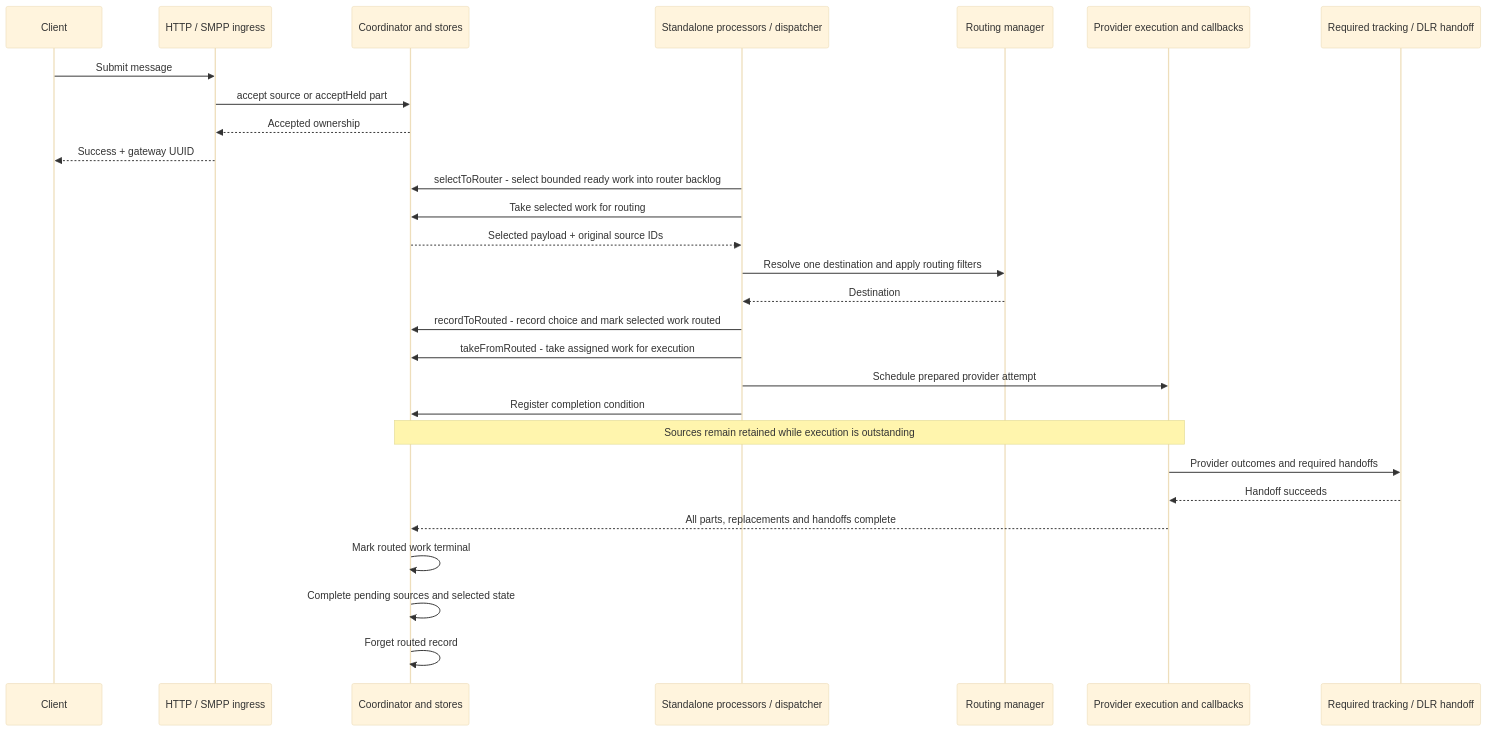
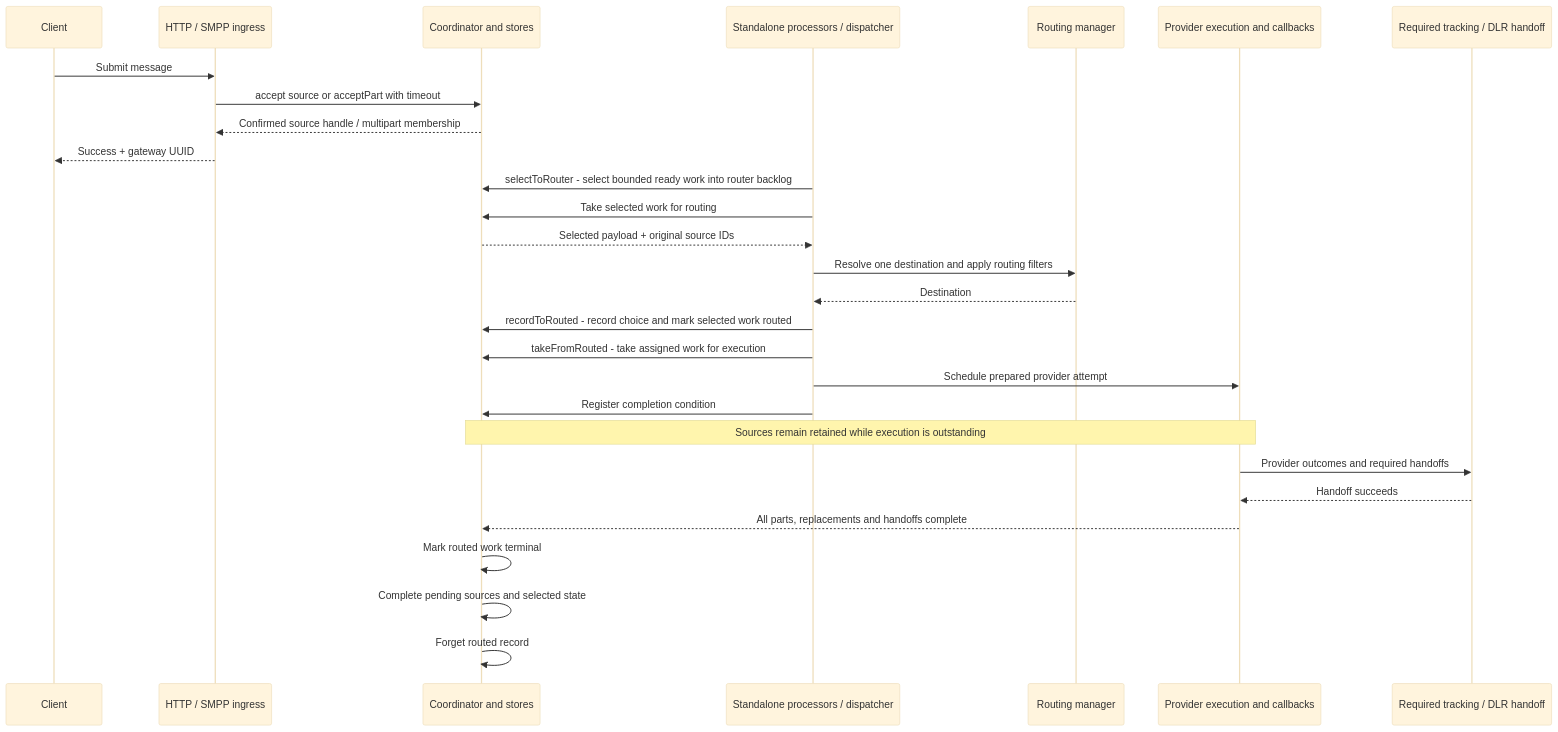
One commit to cytechmobile/sendium changed the second of 4 diagrams in docs/14-outbound-storage.md. Above: the diagram before and after it, drawn with Mermaid (base theme). The commit also changed other lines of this file and 2 other files, not shown here.

````diff
--- a/docs/14-outbound-storage.md
+++ b/docs/14-outbound-storage.md
@@ -46,30 +51,30 @@
 ```mermaid
 sequenceDiagram
     participant Client
     participant Ingress as HTTP / SMPP ingress
     participant C as Coordinator and stores
     participant D as Standalone processors / dispatcher
     participant R as Routing manager
     participant P as Provider execution and callbacks
     participant H as Required tracking / DLR handoff
     Client->>Ingress: Submit message
-    Ingress->>C: accept source or acceptHeld part
-    C-->>Ingress: Accepted ownership
+    Ingress->>C: accept source or acceptPart with timeout
+    C-->>Ingress: Confirmed source handle / multipart membership
     Ingress-->>Client: Success + gateway UUID
     D->>C: selectToRouter - select bounded ready work into router backlog
     D->>C: Take selected work for routing
     C-->>D: Selected payload + original source IDs
     D->>R: Resolve one destination and apply routing filters
     R-->>D: Destination
     D->>C: recordToRouted - record choice and mark selected work routed
     D->>C: takeFromRouted - take assigned work for execution
     D->>P: Schedule prepared provider attempt
     D->>C: Register completion condition
     Note over C,P: Sources remain retained while execution is outstanding
     P->>H: Provider outcomes and required handoffs
     H-->>P: Handoff succeeds
     P-->>C: All parts, replacements and handoffs complete
     C->>C: Mark routed work terminal
     C->>C: Complete pending sources and selected state
     C->>C: Forget routed record
 ```
````
